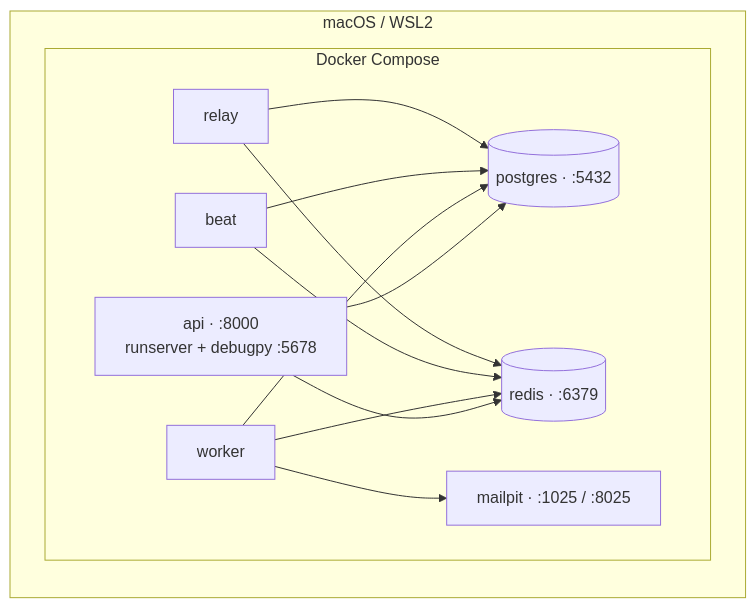
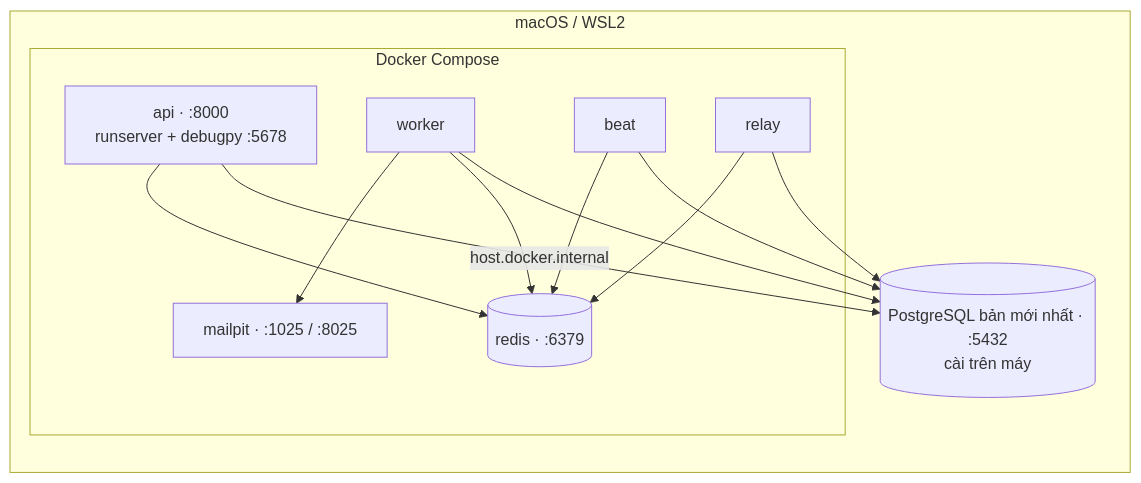
One commit to LuongCongThanh/boilerplate-ecommerce-next-16 changed the diagram in docs/architecture/08-local-development.md. Above: the diagram before and after it, drawn with Mermaid. The commit also changed other lines of this file and 7 other files, not shown here.

First line of the commit message:
chore: add local PostgreSQL installer for macOS and WSL2

````diff
--- a/docs/architecture/08-local-development.md
+++ b/docs/architecture/08-local-development.md
@@ -8,23 +8,23 @@
 ```mermaid
 graph LR
     subgraph mac [macOS / WSL2]
+        pg[(PostgreSQL bản mới nhất · :5432<br/>cài trên máy)]
         subgraph docker [Docker Compose]
-            pg[(postgres · :5432)]
             api[api · :8000<br/>runserver + debugpy :5678]
             worker[worker]
             beat[beat]
             relay[relay]
             redis[(redis · :6379)]
             mailpit[mailpit · :1025 / :8025]
         end
     end
-    api --> pg
+    api -- host.docker.internal --> pg
     worker --> pg
     beat --> pg
     relay --> pg
     api --> redis
     worker --> redis
     beat --> redis
     relay --> redis
     worker --> mailpit
 ```
````
